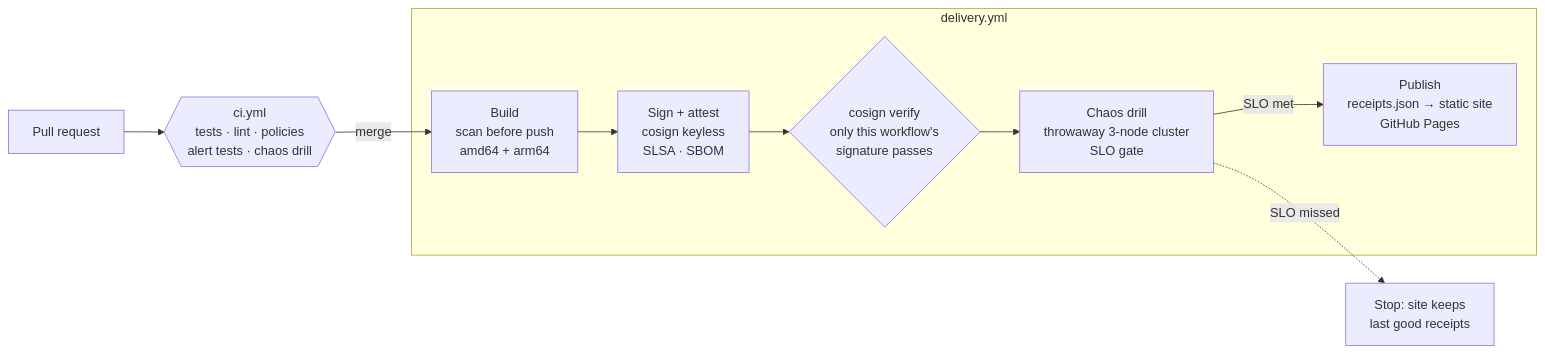
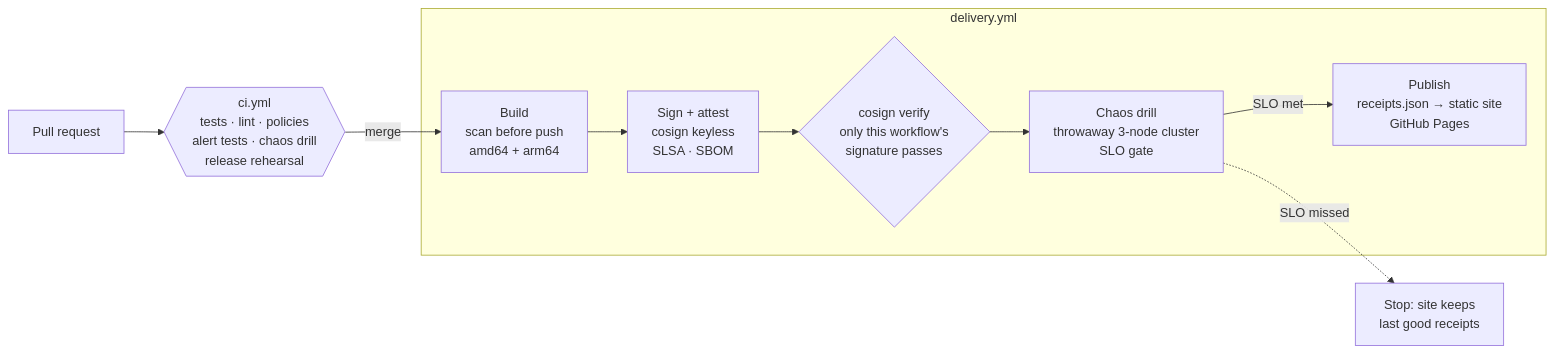
One commit to ElliottSax/resume-as-code changed the first of 2 diagrams in README.md. Above: the diagram before and after it, drawn with Mermaid. The commit also changed other lines of this file and 6 other files, not shown here.

````diff
--- a/README.md
+++ b/README.md
@@ -25,12 +25,12 @@
 ```mermaid
 flowchart LR
-    PR[Pull request] --> CI{{"ci.yml<br/>tests · lint · policies<br/>alert tests · chaos drill"}}
+    PR[Pull request] --> CI{{"ci.yml<br/>tests · lint · policies<br/>alert tests · chaos drill<br/>release rehearsal"}}
     CI -->|merge| B
     subgraph delivery.yml
       B["Build<br/>scan before push<br/>amd64 + arm64"] --> S["Sign + attest<br/>cosign keyless<br/>SLSA · SBOM"]
       S --> V{"cosign verify<br/>only this workflow's<br/>signature passes"}
       V --> D["Chaos drill<br/>throwaway 3-node cluster<br/>SLO gate"]
       D -->|SLO met| P["Publish<br/>receipts.json → static site<br/>GitHub Pages"]
     end
     D -.->|SLO missed| X[Stop: site keeps<br/>last good receipts]
 ```
````
